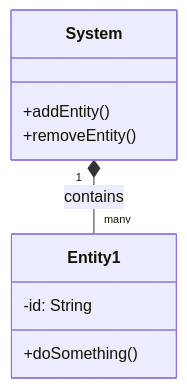
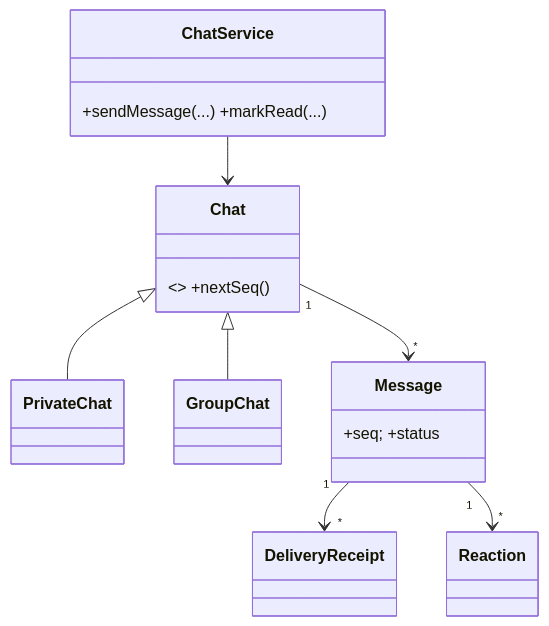
One commit to pidwid/InterviewPrepHub changed the diagram in Notes/LowLevelDesign/Solutions/Solution-Chat-Messaging.md. Above: the diagram before and after it, drawn with Mermaid. The commit also changed other lines of this file and 4 other files, not shown here.

````diff
--- a/Notes/LowLevelDesign/Solutions/Solution-Chat-Messaging.md
+++ b/Notes/LowLevelDesign/Solutions/Solution-Chat-Messaging.md
@@ -25,12 +37,16 @@
 ```mermaid
 classDiagram
-    class System {
-        +addEntity()
-        +removeEntity()
-    }
-    class Entity1 {
-        -id: String
-        +doSomething()
-    }
-    System "1" *-- "many" Entity1 : contains
+  class ChatService { +sendMessage(...) +markRead(...) }
+  class Chat { <<abstract>> +nextSeq() }
+  class PrivateChat
+  class GroupChat
+  class Message { +seq; +status }
+  class DeliveryReceipt
+  class Reaction
+  ChatService --> Chat
+  Chat <|-- PrivateChat
+  Chat <|-- GroupChat
+  Chat "1" --> "*" Message
+  Message "1" --> "*" DeliveryReceipt
+  Message "1" --> "*" Reaction
 ```
````
